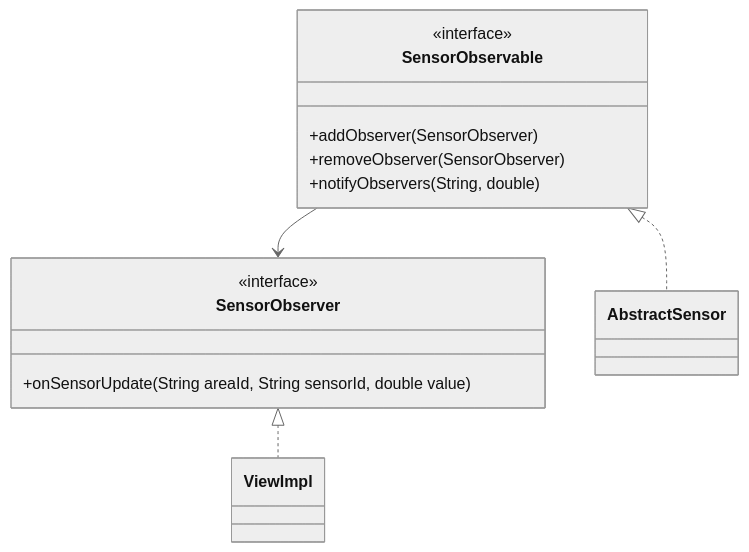
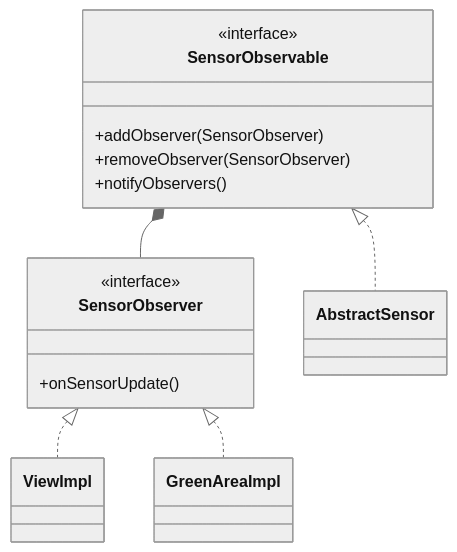
The fourth of 6 diagrams in README.md (filippo16/pss-23-24-SystemGarden-Lutterotti), drawn with Mermaid (neutral theme) before and after one commit. The commit also changed other lines of this file, not shown here.

````diff
--- a/README.md
+++ b/README.md
@@ -255,21 +265,31 @@
 ```mermaid
     classDiagram
         class SensorObservable {
         +addObserver( SensorObserver )
         +removeObserver( SensorObserver )
-        +notifyObservers( String, double )
+        +notifyObservers()
     }
     <<interface>> SensorObservable
 
     class SensorObserver {
-        +onSensorUpdate( String areaId, String sensorId, double value )
+        +onSensorUpdate()
     }
     <<interface>> SensorObserver
 
-    class AbstractSensor
-    class ViewImpl
+    class AbstractSensor {
 
-    SensorObservable --> SensorObserver
+    }
+
+    class ViewImpl {
+
+    }
+
+    class GreenAreaImpl {
+
+    }
+
+    SensorObservable *-- SensorObserver
     SensorObservable <|.. AbstractSensor
     SensorObserver <|.. ViewImpl
+    SensorObserver <|.. GreenAreaImpl
 ```
````
